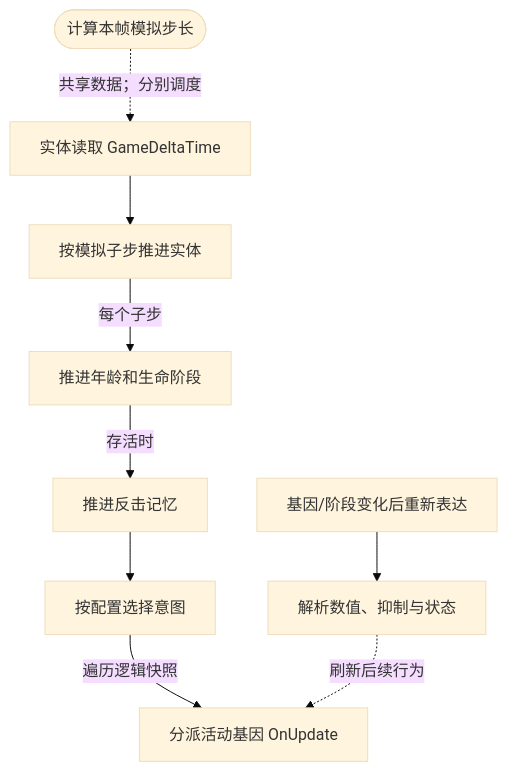
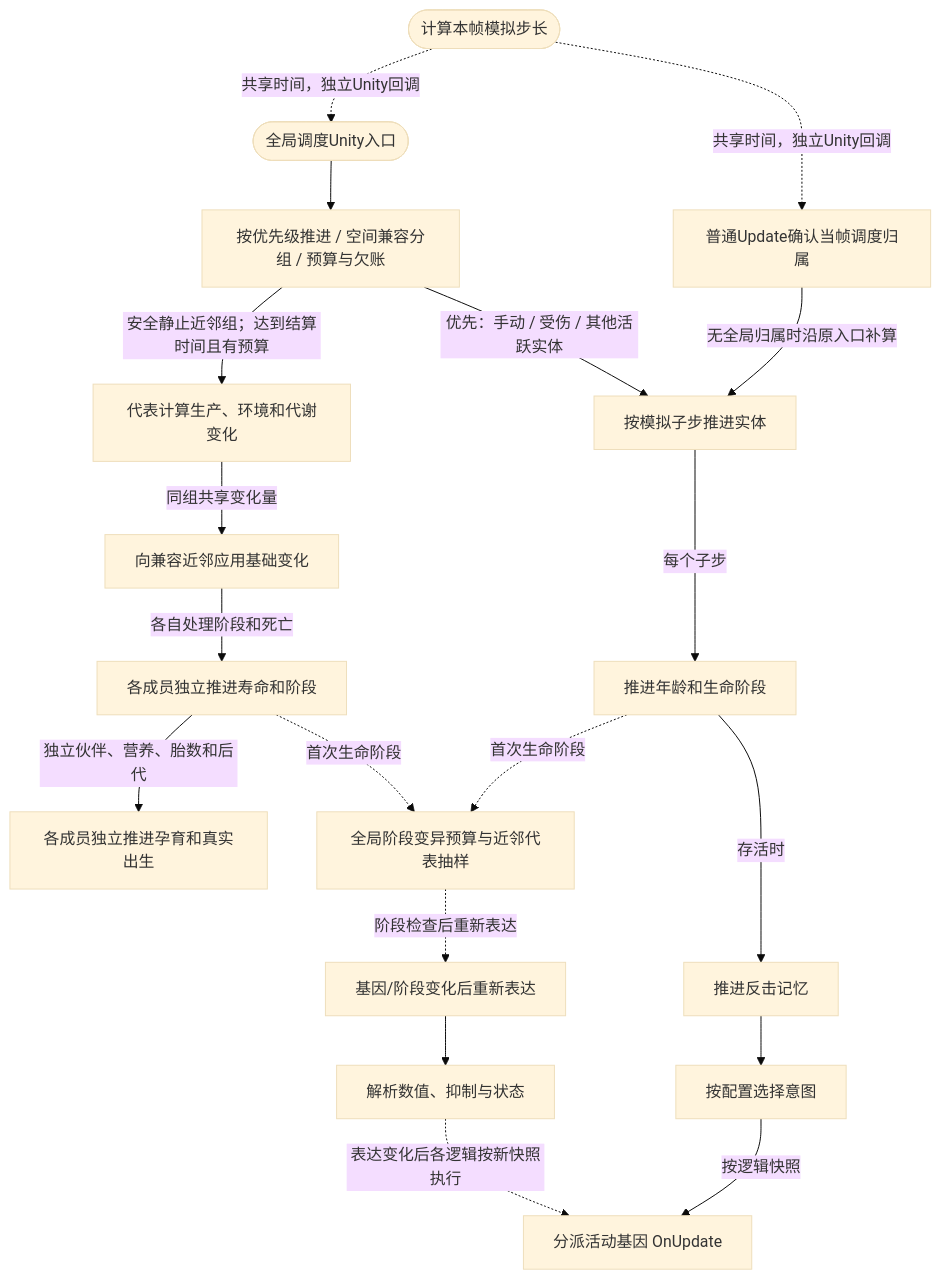
Before and after one commit to xhs6666/Darwin_paradise: the third of 12 diagrams in Docs/运行流程图/主流程.md, drawn with Mermaid (base theme). The commit also changed other lines of this file and 227 other files, not shown here.

````diff
--- a/Docs/运行流程图/主流程.md
+++ b/Docs/运行流程图/主流程.md
@@ -89,21 +89,38 @@
 ```mermaid
 flowchart TD
   n0(["计算本帧模拟步长"])
-  n1["实体读取 GameDeltaTime"]
+  n1["普通Update确认当帧调度归属"]
   n2["按模拟子步推进实体"]
   n3["推进年龄和生命阶段"]
   n4["推进反击记忆"]
   n5["按配置选择意图"]
   n6["分派活动基因 OnUpdate"]
   n7["基因/阶段变化后重新表达"]
   n8["解析数值、抑制与状态"]
-  n0 -. "共享数据；分别调度" .-> n1
-  n1 --> n2
+  n9(["全局调度Unity入口"])
+  n10["按优先级推进 / 空间兼容分组 / 预算与欠账"]
+  n11["代表计算生产、环境和代谢变化"]
+  n12["向兼容近邻应用基础变化"]
+  n13["各成员独立推进寿命和阶段"]
+  n14["各成员独立推进孕育和真实出生"]
+  n15["全局阶段变异预算与近邻代表抽样"]
+  n0 -. "共享时间，独立Unity回调" .-> n9
+  n9 --> n10
+  n0 -. "共享时间，独立Unity回调" .-> n1
+  n1 -->|"无全局归属时沿原入口补算"| n2
+  n10 -->|"优先：手动 / 受伤 / 其他活跃实体"| n2
+  n10 -->|"安全静止近邻组；达到结算时间且有预算"| n11
+  n11 -->|"同组共享变化量"| n12
+  n12 -->|"各自处理阶段和死亡"| n13
+  n13 -->|"独立伙伴、营养、胎数和后代"| n14
   n2 -->|"每个子步"| n3
   n3 -->|"存活时"| n4
   n4 --> n5
-  n5 -->|"遍历逻辑快照"| n6
+  n5 -->|"按逻辑快照"| n6
+  n3 -. "首次生命阶段" .-> n15
+  n13 -. "首次生命阶段" .-> n15
+  n15 -. "阶段检查后重新表达" .-> n7
   n7 --> n8
-  n8 -. "刷新后续行为" .-> n6
+  n8 -. "表达变化后各逻辑按新快照执行" .-> n6
 
 ```
````
